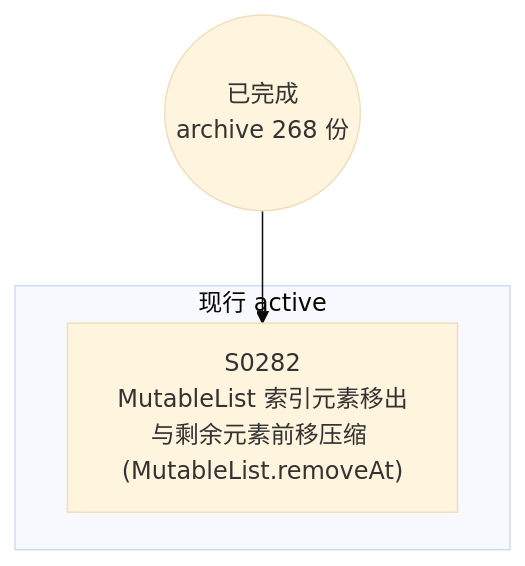
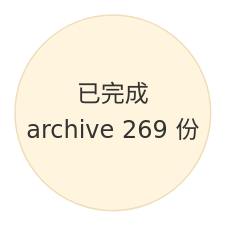
The diagram in docs/specs/dependency-graph.md (Halckon/Koven), drawn with Mermaid (base theme) before and after one commit. The commit also changed other lines of this file and 7 other files, not shown here.

Commit message:
docs(spec-0282): archive MutableList.removeAt specification (SPEC-0282)

````diff
--- a/docs/specs/dependency-graph.md
+++ b/docs/specs/dependency-graph.md
@@ -9,8 +9,4 @@
 ```mermaid
 flowchart TD
-ARCH(("已完成<br/>archive 268 份"))
-subgraph Gactive["现行 active"]
-  S0282["S0282<br/>MutableList 索引元素移出与剩余元素前移压缩 (MutableList.removeAt)"]
-end
-ARCH --> S0282
+ARCH(("已完成<br/>archive 269 份"))
 ```
````
